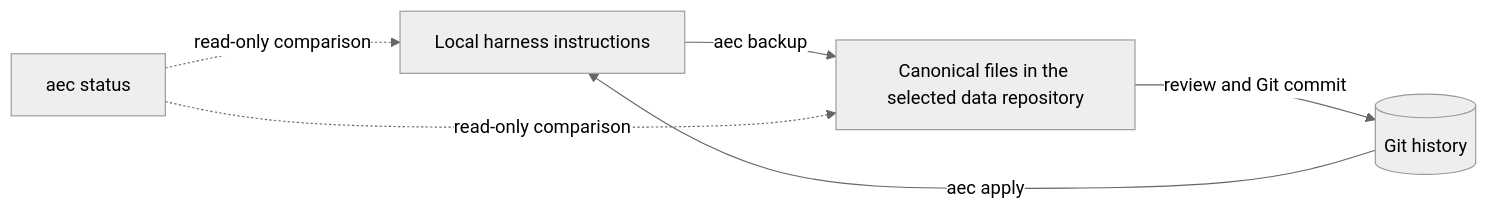
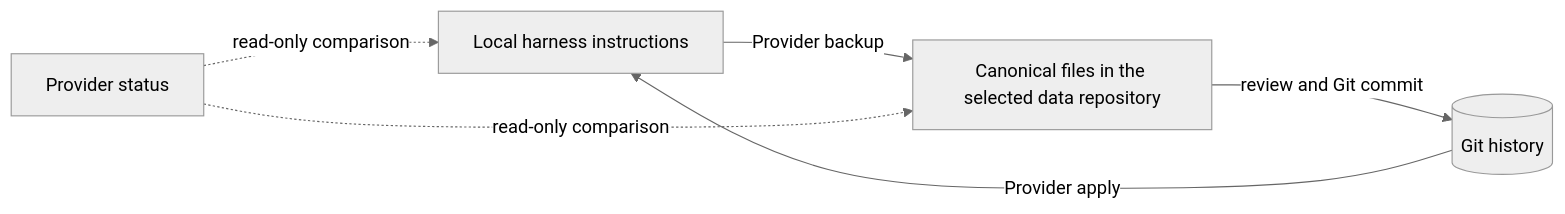
The first of 4 diagrams in README.md (ferrywlto/ai-env-as-code), drawn with Mermaid (neutral theme) before and after one commit. The commit also changed other lines of this file and 35 other files, not shown here.

````diff
--- a/README.md
+++ b/README.md
@@ -14,8 +17,8 @@
 ```mermaid
 flowchart LR
-    Runtime[Local harness instructions] -->|aec backup| Canonical[Canonical files in the selected data repository]
+    Runtime[Local harness instructions] -->|Provider backup| Canonical[Canonical files in the selected data repository]
     Canonical -->|review and Git commit| History[(Git history)]
-    History -->|aec apply| Runtime
-    Check["aec status"] -.->|read-only comparison| Runtime
+    History -->|Provider apply| Runtime
+    Check["Provider status"] -.->|read-only comparison| Runtime
     Check -.->|read-only comparison| Canonical
 ```
````
